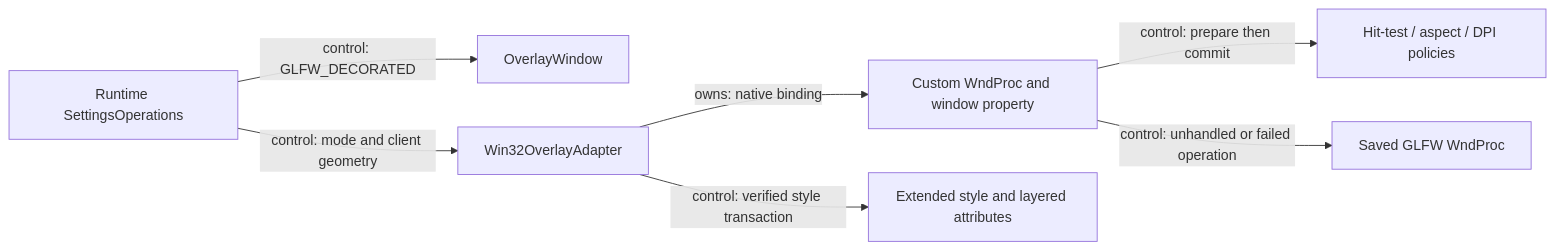
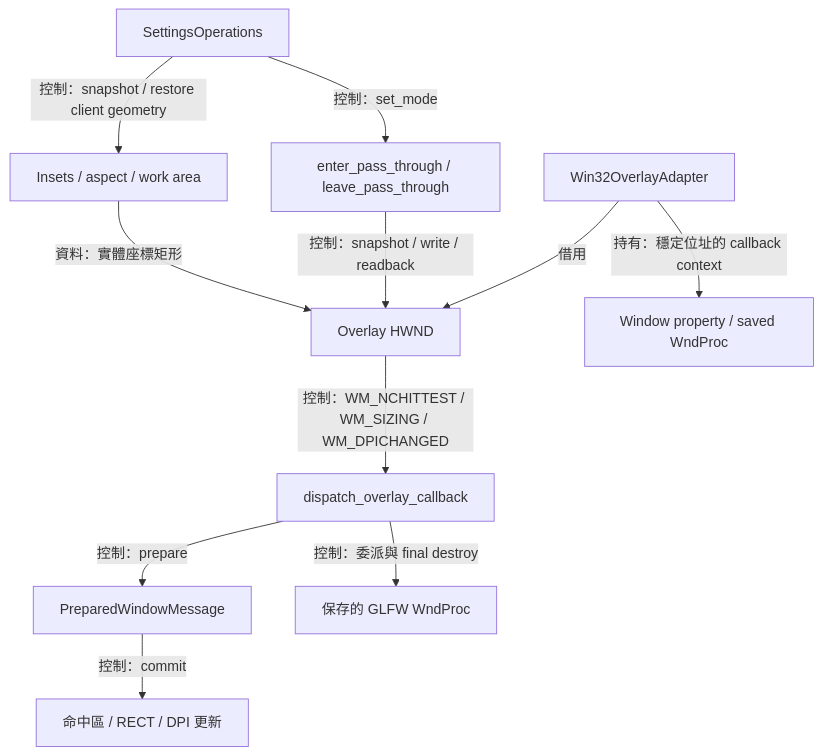
The ninth of 17 diagrams in docs/architecture/windows-runtime-overlay.md (Mes0903/avb0795), drawn with Mermaid before and after one commit. The commit also changed other lines of this file and 156 other files, not shown here.

````diff
--- a/docs/architecture/windows-runtime-overlay.md
+++ b/docs/architecture/windows-runtime-overlay.md
@@ -184,9 +323,13 @@
 ```mermaid
-flowchart LR
-    Settings[Runtime SettingsOperations] -->|control: GLFW_DECORATED| Overlay[OverlayWindow]
-    Settings -->|control: mode and client geometry| Adapter[Win32OverlayAdapter]
-    Adapter -->|owns: native binding| Subclass[Custom WndProc and window property]
-    Subclass -->|control: prepare then commit| Geometry[Hit-test / aspect / DPI policies]
-    Subclass -->|control: unhandled or failed operation| Saved[Saved GLFW WndProc]
-    Adapter -->|control: verified style transaction| Styles[Extended style and layered attributes]
+flowchart TD
+    Adapter[Win32OverlayAdapter] -->|借用| Window[Overlay HWND]
+    Adapter -->|持有：穩定位址的 callback context| Binding[Window property / saved WndProc]
+    Window -->|控制：WM_NCHITTEST / WM_SIZING / WM_DPICHANGED| Callback[dispatch_overlay_callback]
+    Callback -->|控制：prepare| Prepared[PreparedWindowMessage]
+    Prepared -->|控制：commit| Native[命中區 / RECT / DPI 更新]
+    Callback -->|控制：委派與 final destroy| Saved[保存的 GLFW WndProc]
+    Settings[SettingsOperations] -->|控制：set_mode| Styles[enter_pass_through / leave_pass_through]
+    Styles -->|控制：snapshot / write / readback| Window
+    Settings -->|控制：snapshot / restore client geometry| Geometry[Insets / aspect / work area]
+    Geometry -->|資料：實體座標矩形| Window
 ```
````
